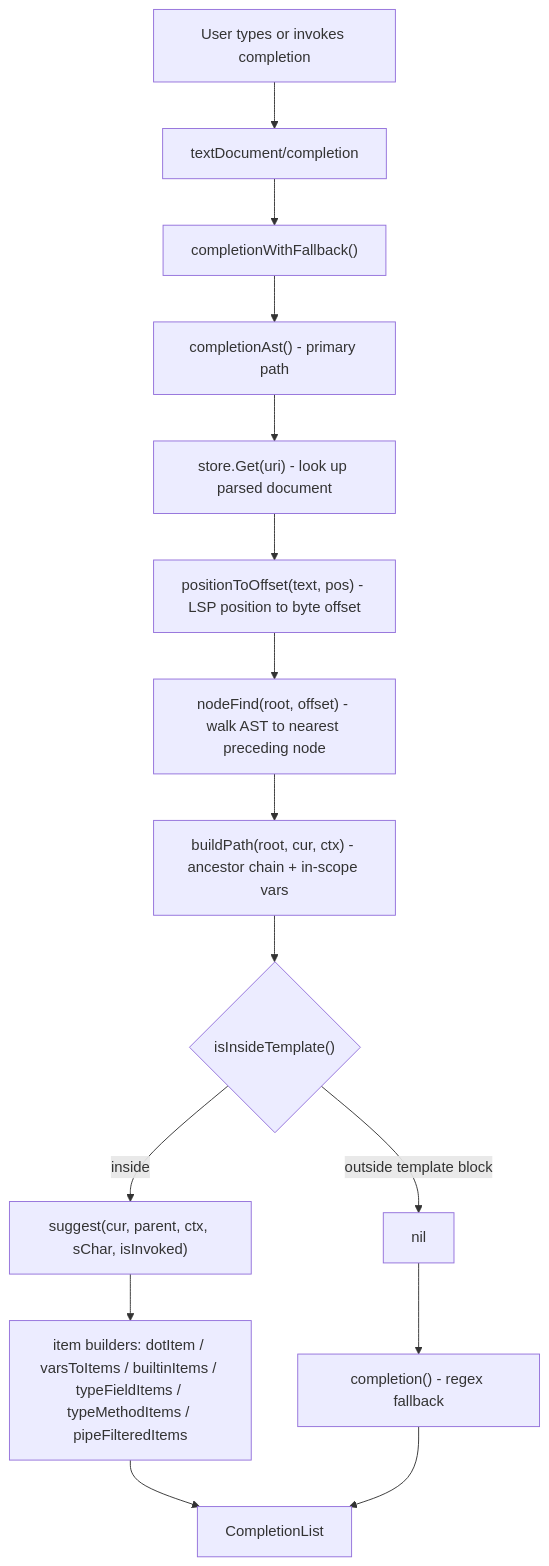
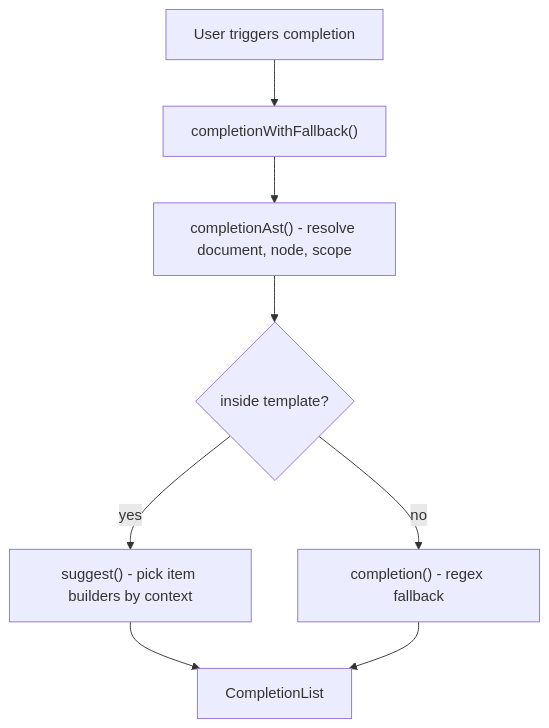
Before and after one commit to allseas/go-template-lsp: the first of 2 diagrams in docs/features/completions.md, drawn with Mermaid. The commit also changed other lines of this file and 6 other files, not shown here.

Commit message:
docs: simplified the flowcharts

````diff
--- a/docs/features/completions.md
+++ b/docs/features/completions.md
@@ -21,17 +21,9 @@
 ```mermaid
 flowchart TD
-    A[User types or invokes completion] --> B[textDocument/completion]
-    B --> C["completionWithFallback()"]
-    C --> D["completionAst() - primary path"]
-    D --> E["store.Get(uri) - look up parsed document"]
-    E --> F["positionToOffset(text, pos) - LSP position to byte offset"]
-    F --> G["nodeFind(root, offset) - walk AST to nearest preceding node"]
-    G --> H["buildPath(root, cur, ctx) - ancestor chain + in-scope vars"]
-    H --> I{"isInsideTemplate()"}
-    I -->|inside| J["suggest(cur, parent, ctx, sChar, isInvoked)"]
-    I -->|outside template block| K[nil]
-    J --> L["item builders: dotItem / varsToItems / builtinItems / typeFieldItems / typeMethodItems / pipeFilteredItems"]
-    L --> M[CompletionList]
-    K --> N["completion() - regex fallback"]
-    N --> M
+    A[User triggers completion] --> B["completionWithFallback()"]
+    B --> C["completionAst() - resolve document, node, scope"]
+    C --> D{"inside template?"}
+    D -->|yes| E["suggest() - pick item builders by context"]
+    D -->|no| F["completion() - regex fallback"]
+    E & F --> G[CompletionList]
 ```
````
